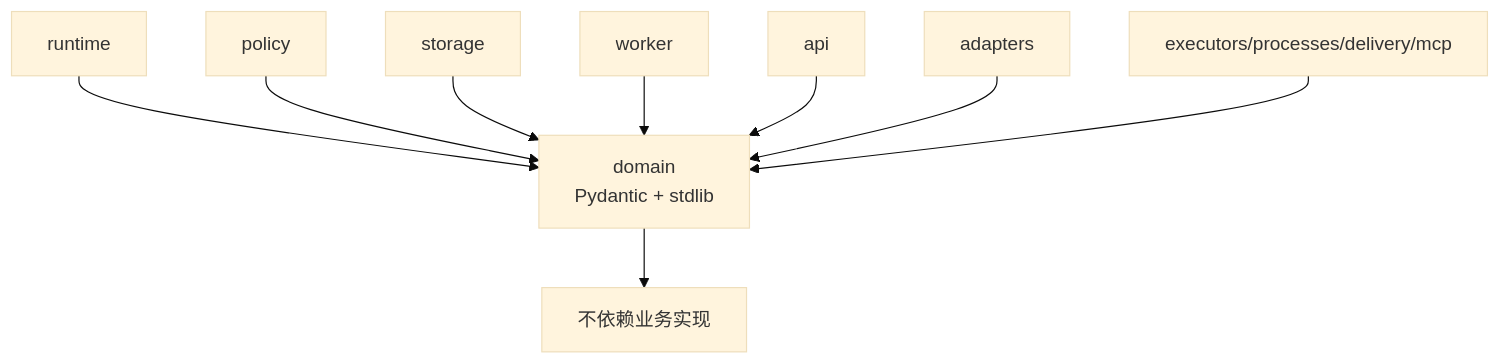
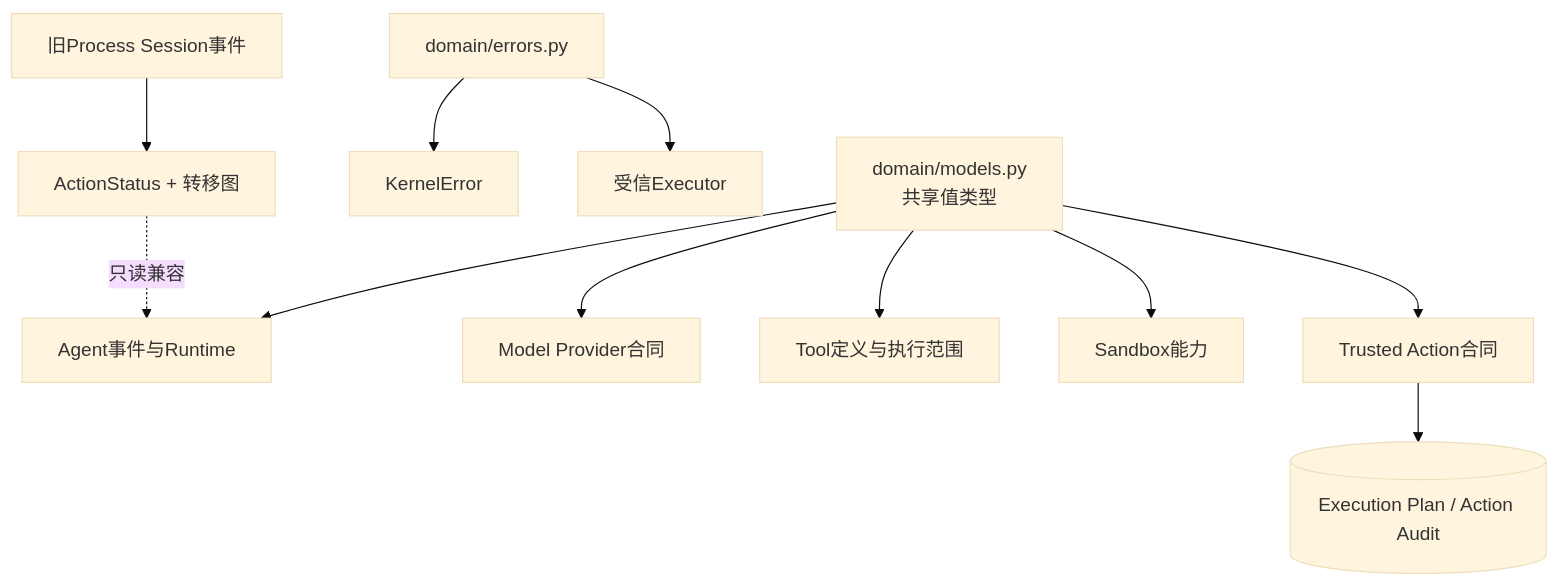
The first of 3 diagrams in docs/modules/domain.md (carrie1988/Harnessix), drawn with Mermaid (base theme) before and after one commit. The commit also changed other lines of this file and 121 other files, not shown here.

````diff
--- a/docs/modules/domain.md
+++ b/docs/modules/domain.md
@@ -165,11 +69,13 @@
 ```mermaid
 flowchart TD
-    Domain[domain<br/>Pydantic + stdlib] --> Nothing[不依赖业务实现]
-    Runtime[runtime] --> Domain
-    Policy[policy] --> Domain
-    Storage[storage] --> Domain
-    Worker[worker] --> Domain
-    API[api] --> Domain
-    Adapter[adapters] --> Domain
-    Executors[executors/processes/delivery/mcp] --> Domain
+    Domain[domain/models.py<br/>共享值类型] --> Agent[Agent事件与Runtime]
+    Domain --> Models[Model Provider合同]
+    Domain --> Tools[Tool定义与执行范围]
+    Domain --> Sandbox[Sandbox能力]
+    Domain --> Trusted[Trusted Action合同]
+    Errors[domain/errors.py] --> Kernel[KernelError]
+    Errors --> Executors[受信Executor]
+    Historical[旧Process Session事件] --> ActionStatus[ActionStatus + 转移图]
+    ActionStatus -.只读兼容.-> Agent
+    Trusted --> Plans[(Execution Plan / Action Audit)]
 ```
````
